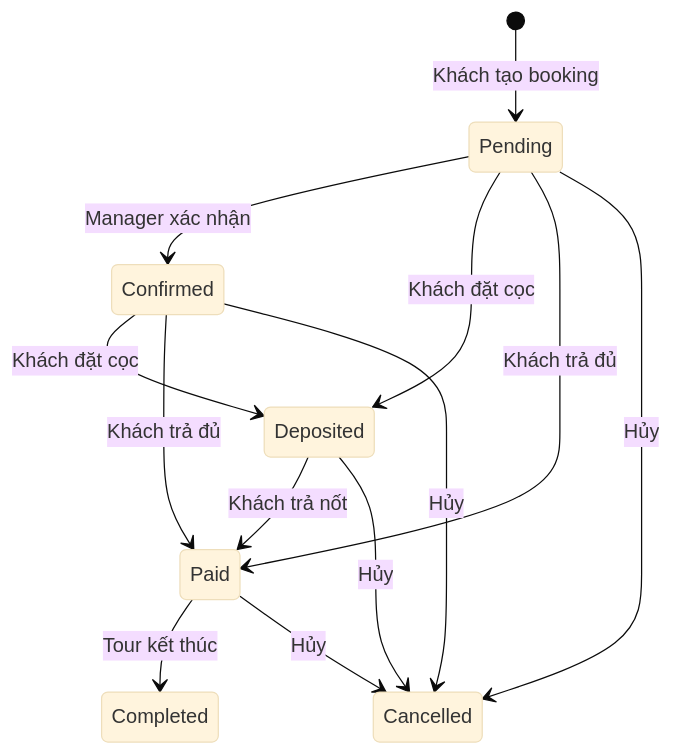
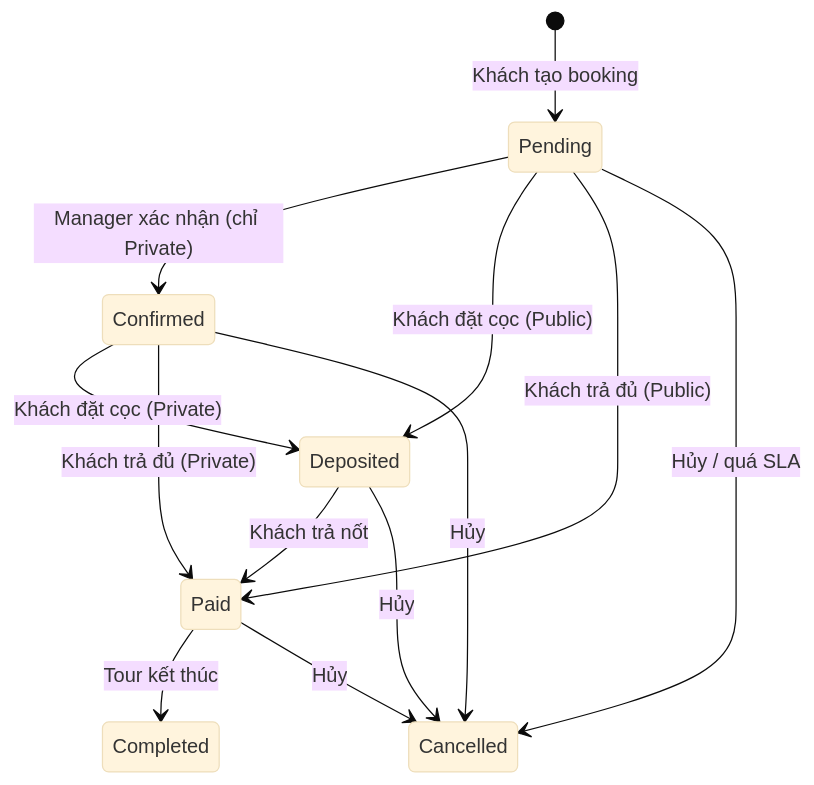
One commit to khunglong-03/Pathora_Version3 changed the second of 3 diagrams in docs/tour-instance-lifecycle-flow.md. Above: the diagram before and after it, drawn with Mermaid (base theme). The commit also changed other lines of this file and 3 other files, not shown here.

````diff
--- a/docs/tour-instance-lifecycle-flow.md
+++ b/docs/tour-instance-lifecycle-flow.md
@@ -33,15 +53,15 @@
 ```mermaid
 stateDiagram-v2
     [*] --> Pending : Khách tạo booking
-    Pending --> Confirmed : Manager xác nhận
-    Pending --> Deposited : Khách đặt cọc
-    Pending --> Paid : Khách trả đủ
-    Pending --> Cancelled : Hủy
-    Confirmed --> Deposited : Khách đặt cọc
-    Confirmed --> Paid : Khách trả đủ
+    Pending --> Confirmed : Manager xác nhận (chỉ Private)
+    Pending --> Deposited : Khách đặt cọc (Public)
+    Pending --> Paid : Khách trả đủ (Public)
+    Pending --> Cancelled : Hủy / quá SLA
+    Confirmed --> Deposited : Khách đặt cọc (Private)
+    Confirmed --> Paid : Khách trả đủ (Private)
     Confirmed --> Cancelled : Hủy
     Deposited --> Paid : Khách trả nốt
     Deposited --> Cancelled : Hủy
     Paid --> Completed : Tour kết thúc
     Paid --> Cancelled : Hủy
 ```
````
